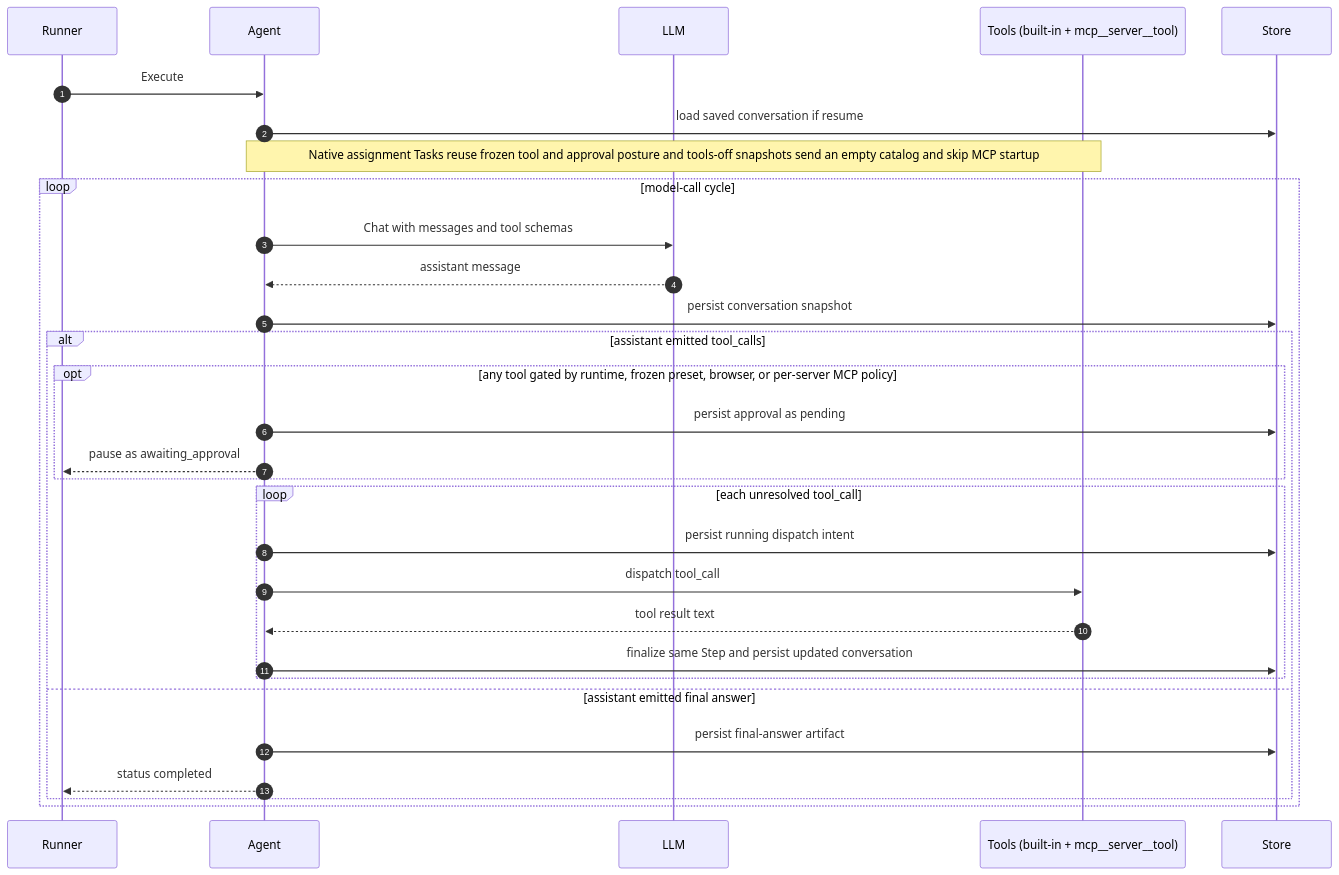
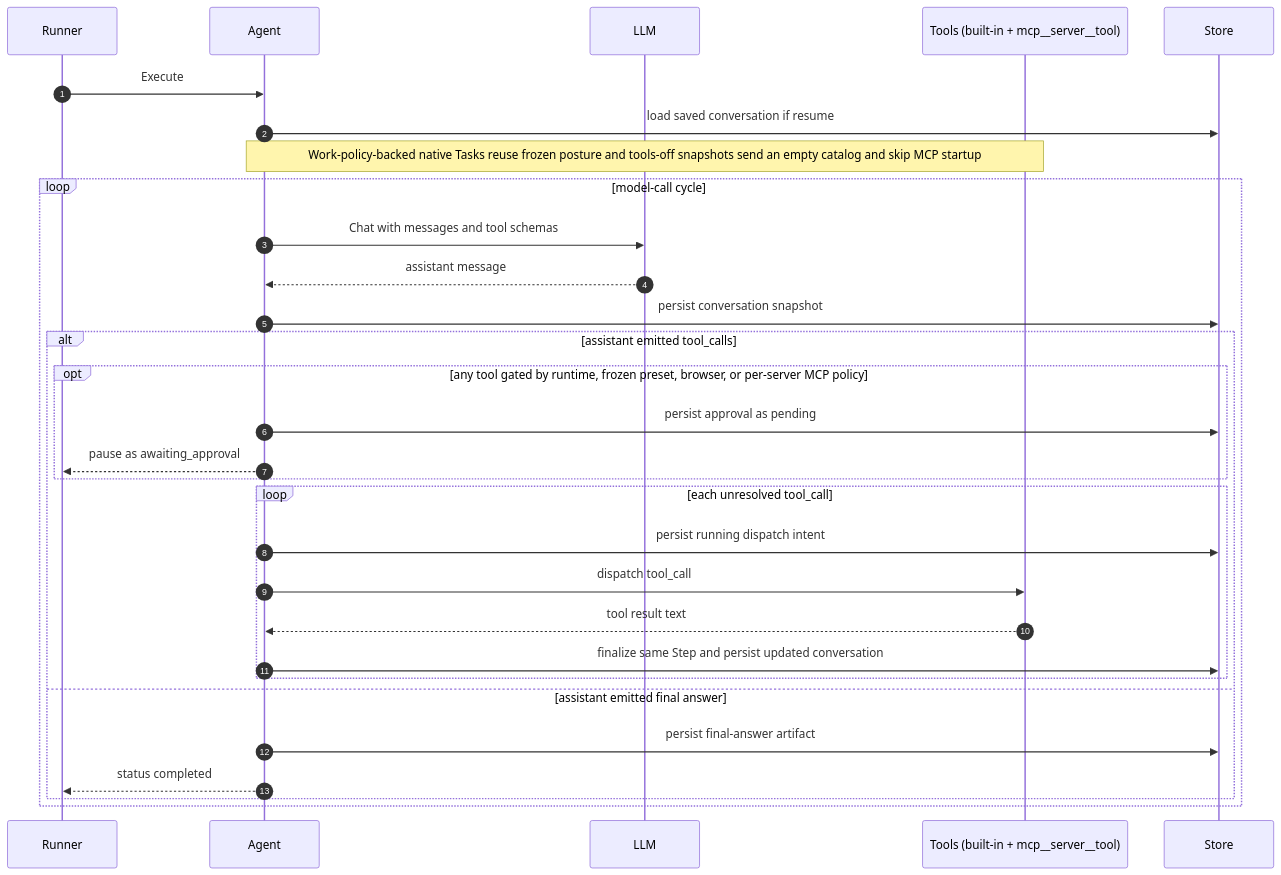
Before and after one commit to hecatehq/hecate: the diagram in docs/runtime/agent-runtime.md, drawn with Mermaid. The commit also changed other lines of this file and 44 other files, not shown here.

Commit message:
feat(tasks): apply work policies to standalone tasks

````diff
--- a/docs/runtime/agent-runtime.md
+++ b/docs/runtime/agent-runtime.md
@@ -135,32 +135,32 @@
 ```mermaid
 sequenceDiagram
     autonumber
     participant Runner
     participant Agent
     participant LLM
     participant Tools as Tools (built-in + mcp__server__tool)
     participant Store
     Runner->>Agent: Execute
     Agent->>Store: load saved conversation if resume
-    Note over Agent,Tools: Native assignment Tasks reuse frozen tool and approval posture and tools-off snapshots send an empty catalog and skip MCP startup
+    Note over Agent,Tools: Work-policy-backed native Tasks reuse frozen posture and tools-off snapshots send an empty catalog and skip MCP startup
     loop model-call cycle
         Agent->>LLM: Chat with messages and tool schemas
         LLM-->>Agent: assistant message
         Agent->>Store: persist conversation snapshot
         alt assistant emitted tool_calls
             opt any tool gated by runtime, frozen preset, browser, or per-server MCP policy
                 Agent->>Store: persist approval as pending
                 Agent-->>Runner: pause as awaiting_approval
             end
             loop each unresolved tool_call
                 Agent->>Store: persist running dispatch intent
                 Agent->>Tools: dispatch tool_call
                 Tools-->>Agent: tool result text
                 Agent->>Store: finalize same Step and persist updated conversation
             end
         else assistant emitted final answer
             Agent->>Store: persist final-answer artifact
             Agent-->>Runner: status completed
         end
     end
 ```
````
